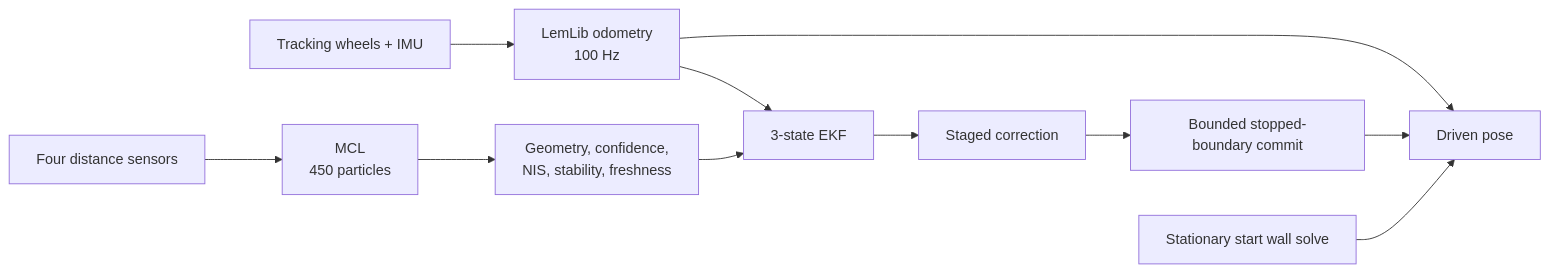
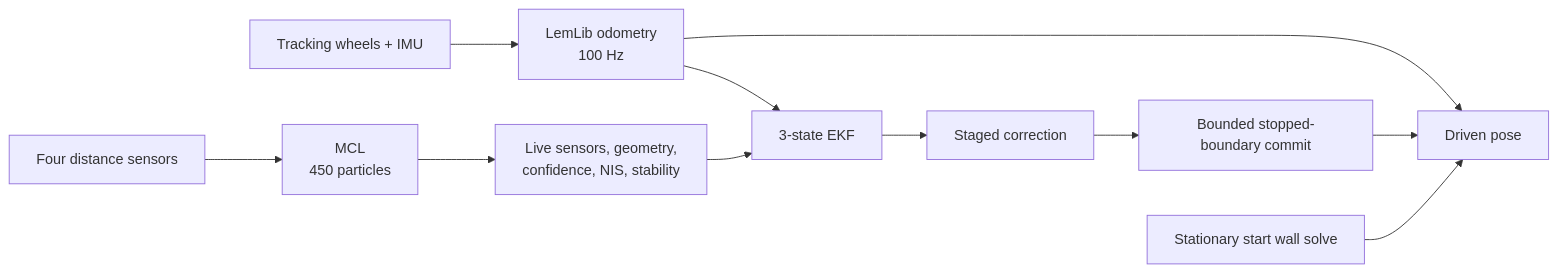
One commit to NlGanma/vex-v5-localization changed the diagram in README.md. Above: the diagram before and after it, drawn with Mermaid. The commit also changed other lines of this file and 46 other files, not shown here.

````diff
--- a/README.md
+++ b/README.md
@@ -48,13 +48,13 @@
 ```mermaid
 flowchart LR
     W["Tracking wheels + IMU"] --> O["LemLib odometry<br/>100 Hz"]
     O --> E["3-state EKF"]
     O --> P["Driven pose"]
     D["Four distance sensors"] --> M["MCL<br/>450 particles"]
-    M --> G["Geometry, confidence,<br/>NIS, stability, freshness"]
+    M --> G["Live sensors, geometry,<br/>confidence, NIS, stability"]
     G --> E
     E --> C["Staged correction"]
     C --> B["Bounded stopped-boundary commit"]
     B --> P
     S["Stationary start wall solve"] --> P
 ```
````
